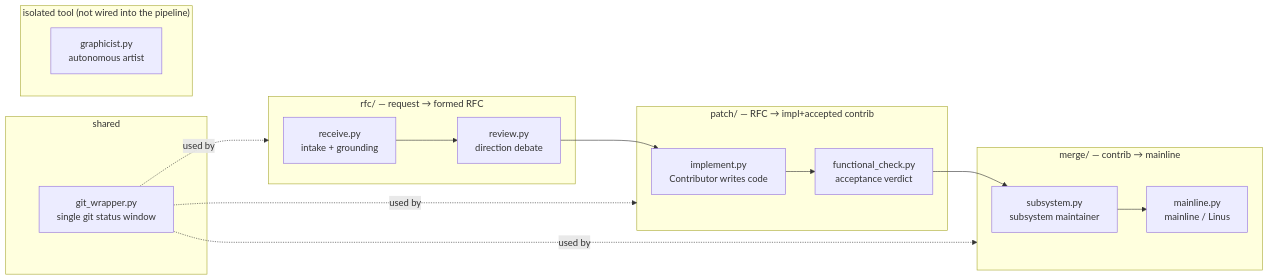
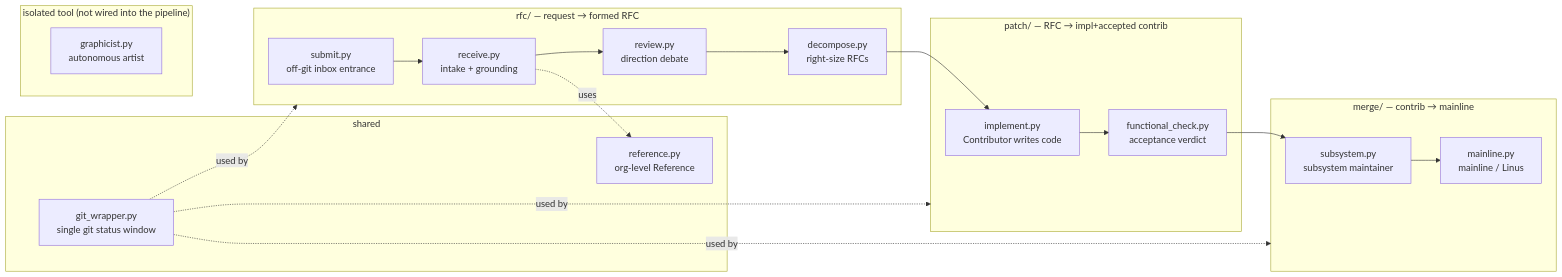
Before and after one commit to mishima-computing/ai-org-bootstrap-codex: the diagram in docs/module-map.md, drawn with Mermaid. The commit also changed other lines of this file and 6 other files, not shown here.

````diff
--- a/docs/module-map.md
+++ b/docs/module-map.md
@@ -6,24 +6,28 @@
 ```mermaid
 flowchart LR
   subgraph shared["shared"]
     GW["git_wrapper.py<br/>single git status window"]
+    REF["reference.py<br/>org-level Reference"]
   end
   subgraph rfc["rfc/ — request → formed RFC"]
+    RSUB["submit.py<br/>off-git inbox entrance"]
     RREC["receive.py<br/>intake + grounding"]
     RREV["review.py<br/>direction debate"]
+    RDEC["decompose.py<br/>right-size RFCs"]
   end
   subgraph patch["patch/ — RFC → impl+accepted contrib"]
     PIMP["implement.py<br/>Contributor writes code"]
     PACC["functional_check.py<br/>acceptance verdict"]
   end
   subgraph merge["merge/ — contrib → mainline"]
     MSUB["subsystem.py<br/>subsystem maintainer"]
     MMAIN["mainline.py<br/>mainline / Linus"]
   end
   subgraph tool["isolated tool (not wired into the pipeline)"]
     GRAPH["graphicist.py<br/>autonomous artist"]
   end
 
-  RREC --> RREV --> PIMP --> PACC --> MSUB --> MMAIN
+  RSUB --> RREC --> RREV --> RDEC --> PIMP --> PACC --> MSUB --> MMAIN
+  RREC -.uses.-> REF
   GW -.used by.-> rfc & patch & merge
 ```
````
